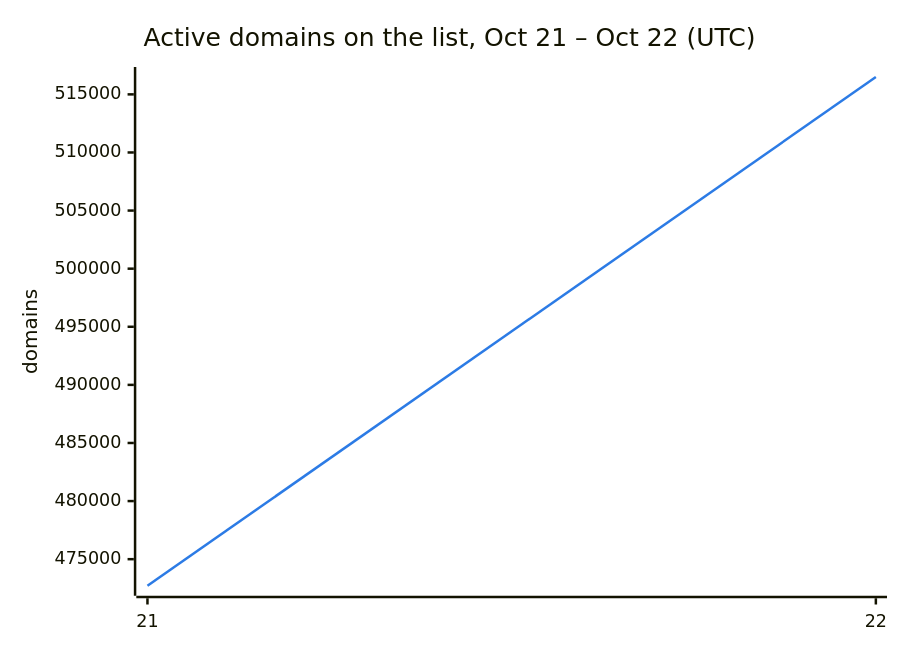
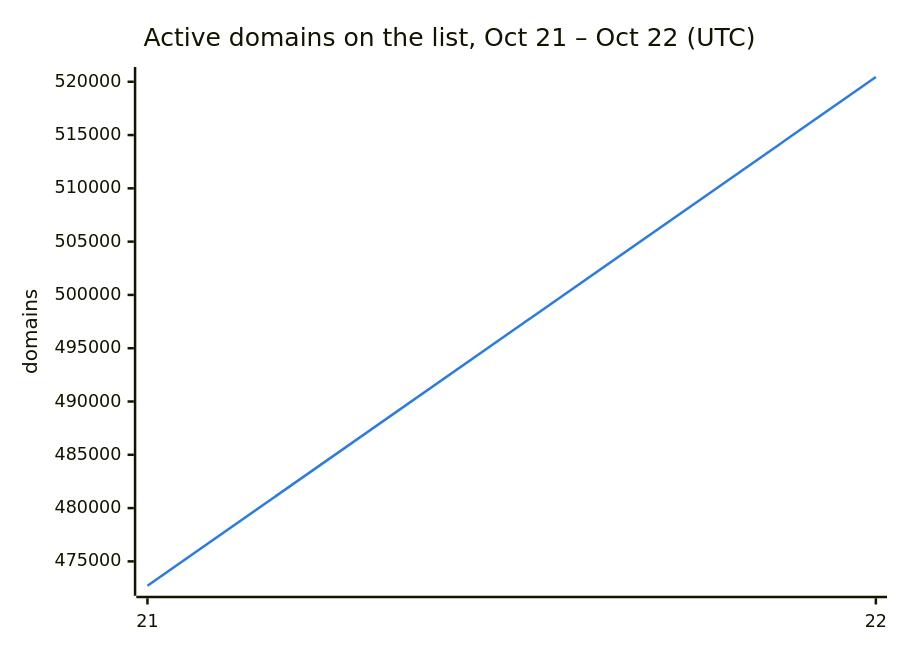
Before and after one commit to DNSBunker/CTI: the second of 3 diagrams in README.md, drawn with Mermaid. The commit also changed other lines of this file and 3 other files, not shown here.

````diff
--- a/README.md
+++ b/README.md
@@ -38,8 +38,8 @@
 ```mermaid
 %%{init: {"themeVariables": {"xyChart": {"plotColorPalette": "#2c7be5"}}}}%%
 xychart-beta
     title "Active domains on the list, Oct 21 – Oct 22 (UTC)"
     x-axis ["21", "22"]
     y-axis "domains"
-    line [472713, 516495]
+    line [472713, 520447]
 ```
````
